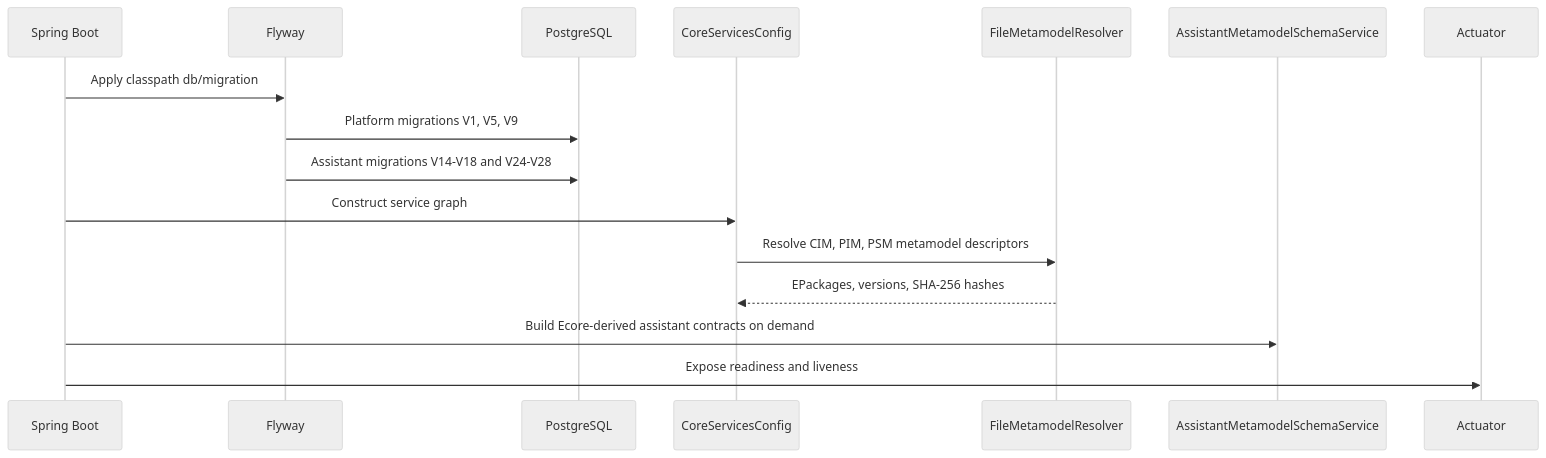
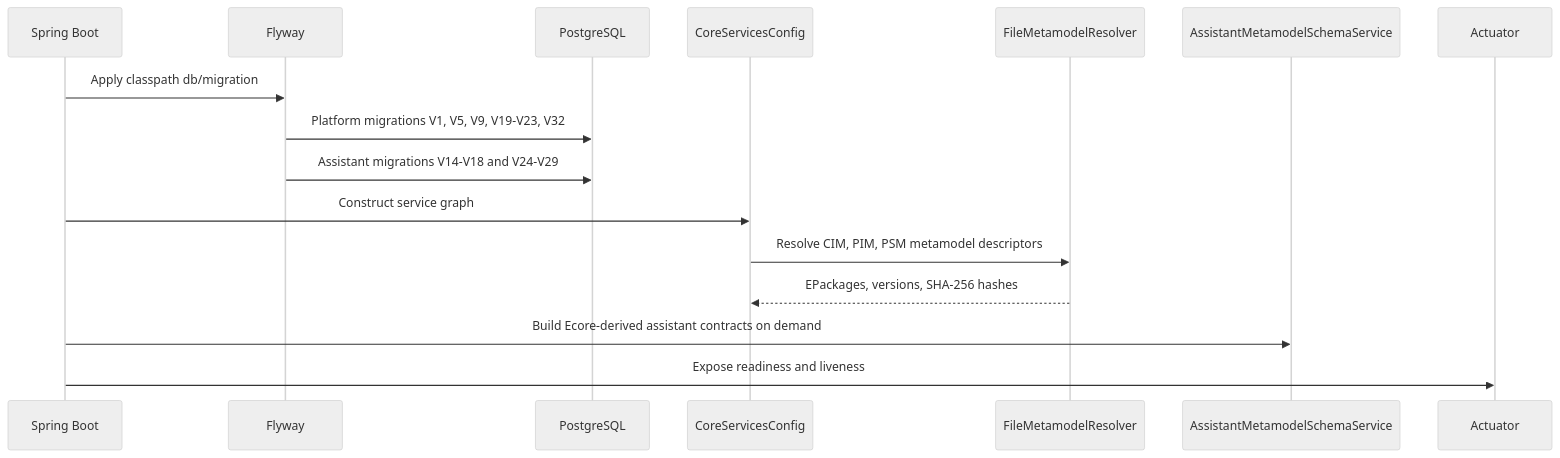
Before and after one commit to mehdieidi/modriss: the second of 2 diagrams in docs/diagrams/04-deployment-and-runtime.md, drawn with Mermaid (neutral theme). The commit also changed 13 other files, not shown here.

````diff
--- a/docs/diagrams/04-deployment-and-runtime.md
+++ b/docs/diagrams/04-deployment-and-runtime.md
@@ -67,19 +67,19 @@
 ```mermaid
 sequenceDiagram
     participant Boot as Spring Boot
     participant Flyway
     participant DB as PostgreSQL
     participant Core as CoreServicesConfig
     participant Meta as FileMetamodelResolver
     participant Contracts as AssistantMetamodelSchemaService
     participant Health as Actuator
 
     Boot->>Flyway: Apply classpath db/migration
-    Flyway->>DB: Platform migrations V1, V5, V9
-    Flyway->>DB: Assistant migrations V14-V18 and V24-V28
+    Flyway->>DB: Platform migrations V1, V5, V9, V19-V23, V32
+    Flyway->>DB: Assistant migrations V14-V18 and V24-V29
     Boot->>Core: Construct service graph
     Core->>Meta: Resolve CIM, PIM, PSM metamodel descriptors
     Meta-->>Core: EPackages, versions, SHA-256 hashes
     Boot->>Contracts: Build Ecore-derived assistant contracts on demand
     Boot->>Health: Expose readiness and liveness
 ```
````
